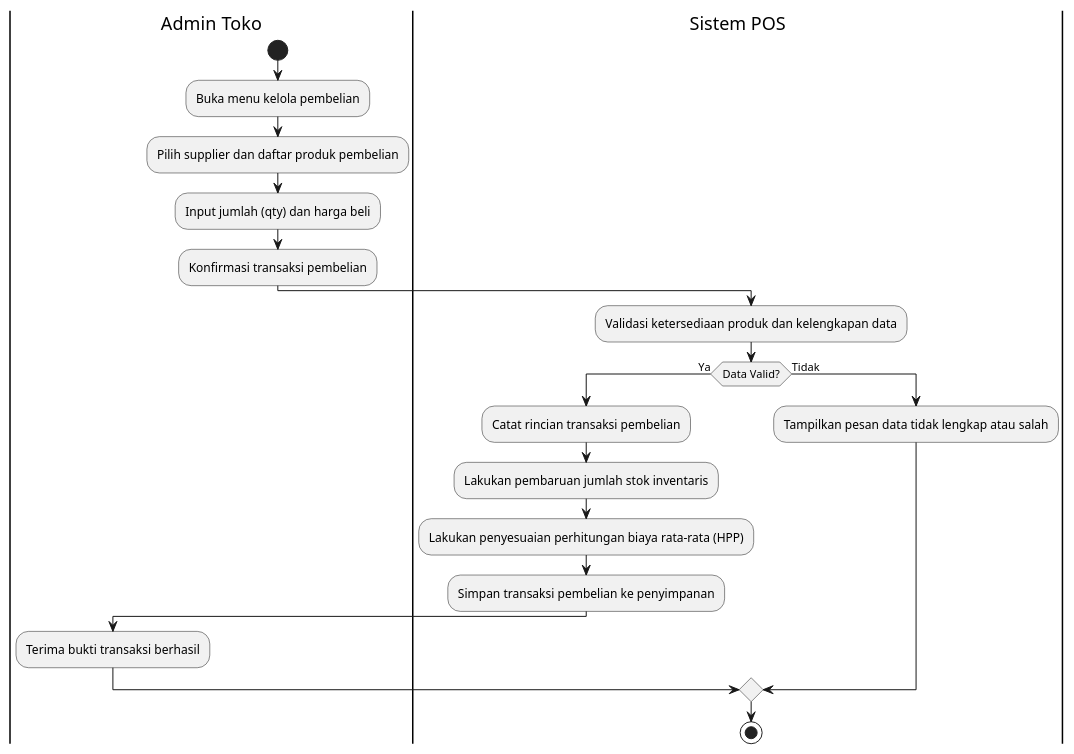
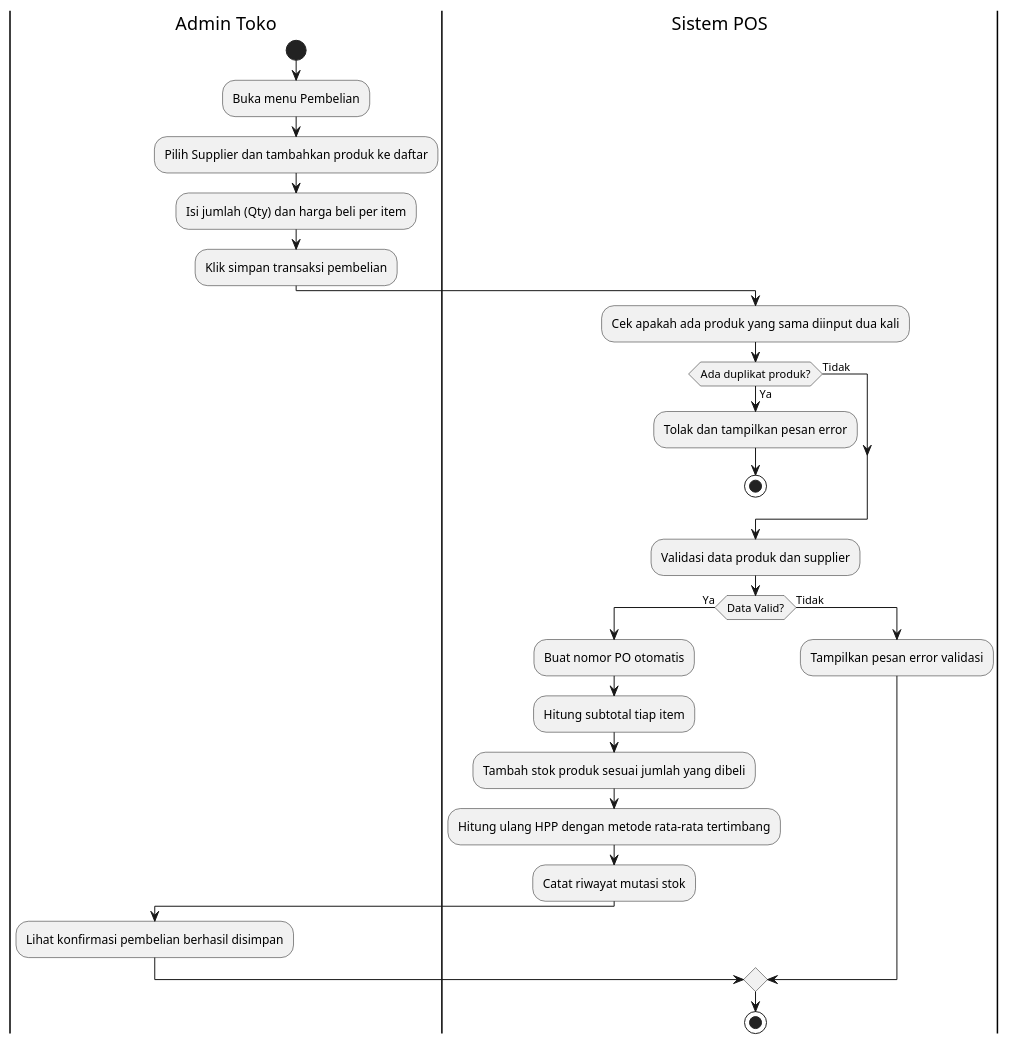
Before and after one commit to Aditiarzky/pos-app: the diagram in docs/uml-activity-purchase.puml, drawn with PlantUML. The commit also changed 41 other files, not shown here.

```diff
--- a/docs/uml-activity-purchase.puml
+++ b/docs/uml-activity-purchase.puml
@@ -1,23 +1,30 @@
 @startuml
 |Admin Toko|
 start
-:Buka menu kelola pembelian;
-:Pilih supplier dan daftar produk pembelian;
-:Input jumlah (qty) dan harga beli;
-:Konfirmasi transaksi pembelian;
+:Buka menu Pembelian;
+:Pilih Supplier dan tambahkan produk ke daftar;
+:Isi jumlah (Qty) dan harga beli per item;
+:Klik simpan transaksi pembelian;
 
 |Sistem POS|
-:Validasi ketersediaan produk dan kelengkapan data;
+:Cek apakah ada produk yang sama diinput dua kali;
+if (Ada duplikat produk?) then (Ya)
+  :Tolak dan tampilkan pesan error;
+  stop
+else (Tidak)
+endif
+:Validasi data produk dan supplier;
 if (Data Valid?) then (Ya)
-  :Catat rincian transaksi pembelian;
-  :Lakukan pembaruan jumlah stok inventaris;
-  :Lakukan penyesuaian perhitungan biaya rata-rata (HPP);
-  :Simpan transaksi pembelian ke penyimpanan;
+  :Buat nomor PO otomatis;
+  :Hitung subtotal tiap item;
+  :Tambah stok produk sesuai jumlah yang dibeli;
+  :Hitung ulang HPP dengan metode rata-rata tertimbang;
+  :Catat riwayat mutasi stok;
   |Admin Toko|
-  :Terima bukti transaksi berhasil;
+  :Lihat konfirmasi pembelian berhasil disimpan;
 else (Tidak)
   |Sistem POS|
-  :Tampilkan pesan data tidak lengkap atau salah;
+  :Tampilkan pesan error validasi;
 endif
 stop
 @enduml
```
